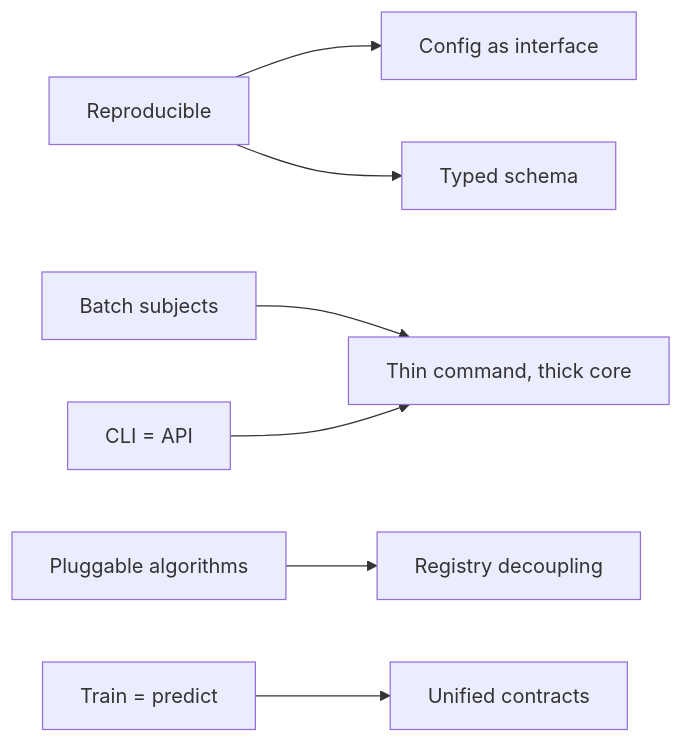
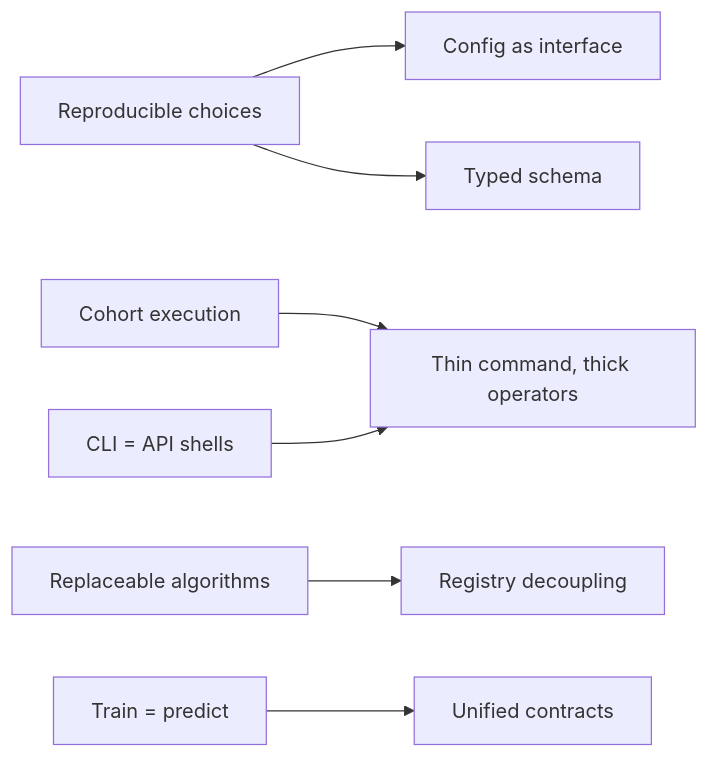
The diagram in docs/source/development/philosophy.rst (lichao312214129/HABIT), drawn with Mermaid before and after one commit. The commit also changed other lines of this file and 261 other files, not shown here.

```diff
--- a/docs/source/development/philosophy.rst
+++ b/docs/source/development/philosophy.rst
@@ -38,9 +70,9 @@
 .. mermaid::
 
    flowchart LR
-     P1["Reproducible"] --> S1["Config as interface"]
+     P1["Reproducible choices"] --> S1["Config as interface"]
      P1 --> S2["Typed schema"]
-     P2["Batch subjects"] --> S5["Thin command, thick core"]
-     P3["Pluggable algorithms"] --> S3["Registry decoupling"]
+     P2["Cohort execution"] --> S5["Thin command, thick operators"]
+     P3["Replaceable algorithms"] --> S3["Registry decoupling"]
      P4["Train = predict"] --> S4["Unified contracts"]
-     P5["CLI = API"] --> S5
+     P5["CLI = API shells"] --> S5
```
